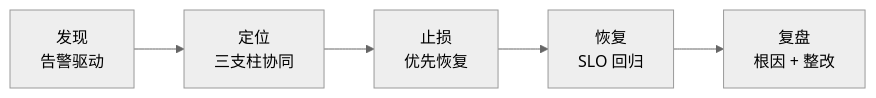
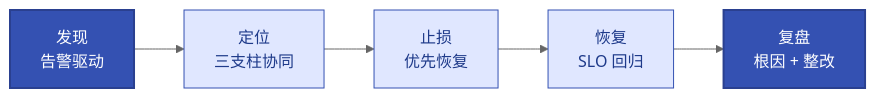
Before and after one commit to jackiesre721/ai-native-ops: the diagram in docs/13-alerting-slo-incident.md, drawn with Mermaid (neutral theme). The commit also changed 9 other files, not shown here.

First line of the commit message:
viz: 全部 12 张 mermaid 图上语义色

````diff
--- a/docs/13-alerting-slo-incident.md
+++ b/docs/13-alerting-slo-incident.md
@@ -12,4 +12,8 @@
 ```mermaid
 flowchart LR
     D[发现<br/>告警驱动] --> L[定位<br/>三支柱协同] --> S[止损<br/>优先恢复] --> R[恢复<br/>SLO 回归] --> P[复盘<br/>根因 + 整改]
+    classDef start fill:#3451b2,color:#fff,stroke:#2a4090,stroke-width:2px
+    classDef proc fill:#e0e7ff,stroke:#3451b2,color:#1e3a8a
+    class D,P start
+    class L,S,R proc
 ```
````
